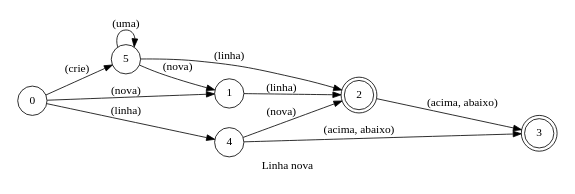
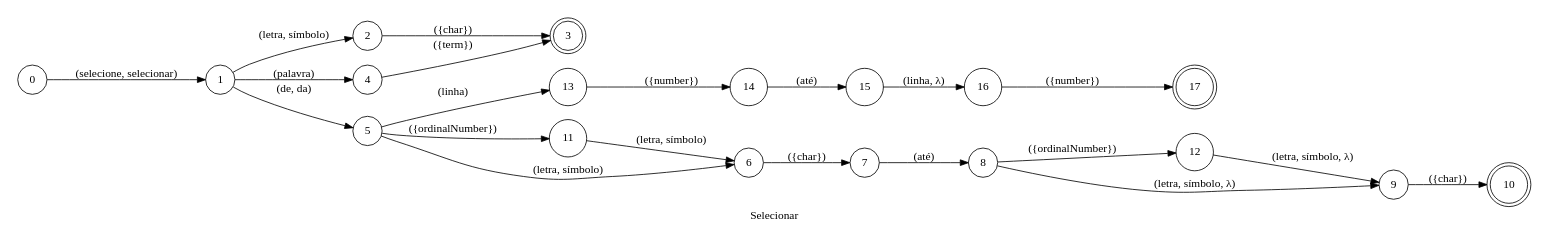
Before and after one commit to pedrooaugusto/speech-to-code: the diagram in spoken/src/modules/typescript/select/phrase_pt-BR.dot, drawn with Graphviz. The commit also changed 24 other files, not shown here.

```diff
--- a/spoken/src/modules/typescript/select/phrase_pt-BR.dot
+++ b/spoken/src/modules/typescript/select/phrase_pt-BR.dot
@@ -1,21 +1,32 @@
 digraph Select {
     id="select";
-    label="Linha nova";
+    label="Selecionar";
     lang="pt-BR";
     langName="Português";
     pad="0.2";
     rankdir=LR;
-    node[shape=doublecircle]; 2 3;
+    node[shape=doublecircle]; 3 17 10;
     node[shape=circle];
 
-    {0 5} -> 1 [label="(nova)"];
-    {1 5} -> 2 [label="(linha)"];
-    {2 4} -> 3 [label="(acima, abaixo)", store=position];
-    0 -> 4 [label="(linha)"];
-    0 -> 5 [label="(crie)"];
-    5 -> 5 [label="(uma)"];
-    4 -> 2 [label="(nova)"]
+    0 -> 1 [label="(selecione, selecionar)"];
+    1 -> 2 [label="(letra, símbolo)"];
+    2 -> 3 [label="({char})", store=word];
+    1 -> 4 [label="(palavra)"];
+    4 -> 3 [label="({term})", store=word];
+    1 -> 5 [label="(de, da)"];
+    5 -> 13 [label="(linha)", store=selectLine];
+    13 -> 14 [label="({number})", store=from];
+    14 -> 15 [label="(até)"];
+    15 -> 16 [label="(linha, λ)"];
+    16 -> 17 [label="({number})", store=to];
+    5 -> 11 [label="({ordinalNumber})", normalizer="ordinalNumber", store=fromPosition];
+    {5 11} -> 6 [label="(letra, símbolo)"];
+    6 -> 7 [label="({char})", store=from];
+    7 -> 8 [label="(até)"];
+    {8 12} -> 9 [label="(letra, símbolo, λ)"];
+    8 -> 12 [label="({ordinalNumber})", normalizer="ordinalNumber", store=toPosition];
+    9 -> 10 [label="({char})", store=to];
 
-    title="Linha nova";
-    desc="Cria uma linha nova abaixo ou acima da linha atual";
+    title="Selecionar";
+    desc="Seleciona um pedaço de texto na linha atual";
 }
```
